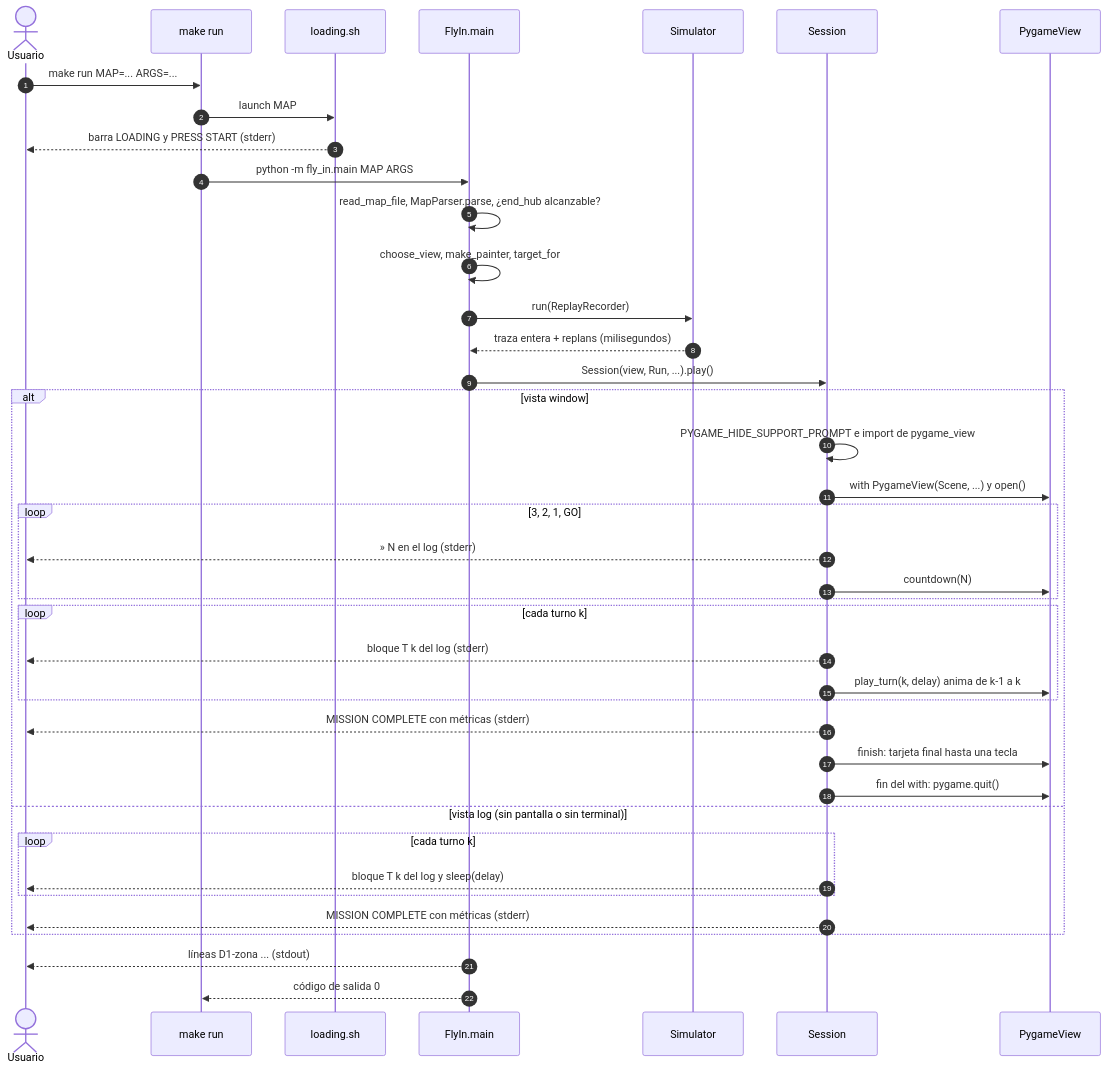
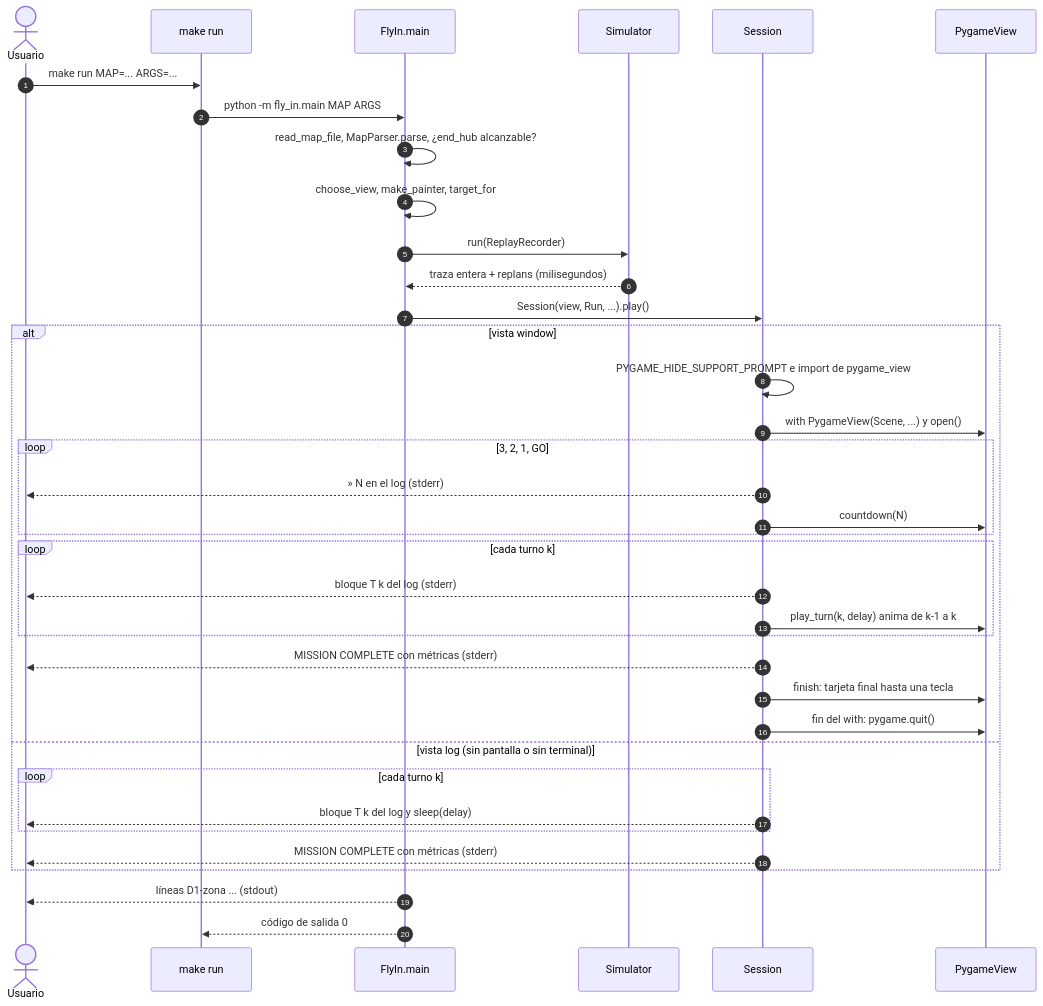
Before and after one commit to 0xARCOS/Fly-In: the fifth of 52 diagrams in docs/07-diagramas.md, drawn with Mermaid. The commit also changed other lines of this file and 33 other files, not shown here.

````diff
--- a/docs/07-diagramas.md
+++ b/docs/07-diagramas.md
@@ -345,42 +334,39 @@
 ```mermaid
 sequenceDiagram
     autonumber
     actor U as Usuario
     participant MK as make run
-    participant LD as loading.sh
     participant FI as FlyIn.main
     participant SIM as Simulator
     participant SES as Session
     participant PV as PygameView
     U->>MK: make run MAP=... ARGS=...
-    MK->>LD: launch MAP
-    LD-->>U: barra LOADING y PRESS START (stderr)
     MK->>FI: python -m fly_in.main MAP ARGS
     FI->>FI: read_map_file, MapParser.parse, ¿end_hub alcanzable?
     FI->>FI: choose_view, make_painter, target_for
     FI->>SIM: run(ReplayRecorder)
     SIM-->>FI: traza entera + replans (milisegundos)
     FI->>SES: Session(view, Run, ...).play()
     alt vista window
         SES->>SES: PYGAME_HIDE_SUPPORT_PROMPT e import de pygame_view
         SES->>PV: with PygameView(Scene, ...) y open()
         loop 3, 2, 1, GO
             SES-->>U: » N en el log (stderr)
             SES->>PV: countdown(N)
         end
         loop cada turno k
             SES-->>U: bloque T k del log (stderr)
             SES->>PV: play_turn(k, delay) anima de k-1 a k
         end
         SES-->>U: MISSION COMPLETE con métricas (stderr)
         SES->>PV: finish: tarjeta final hasta una tecla
         SES->>PV: fin del with: pygame.quit()
     else vista log (sin pantalla o sin terminal)
         loop cada turno k
             SES-->>U: bloque T k del log y sleep(delay)
         end
         SES-->>U: MISSION COMPLETE con métricas (stderr)
     end
     FI-->>U: líneas D1-zona ... (stdout)
     FI-->>MK: código de salida 0
 ```
````
